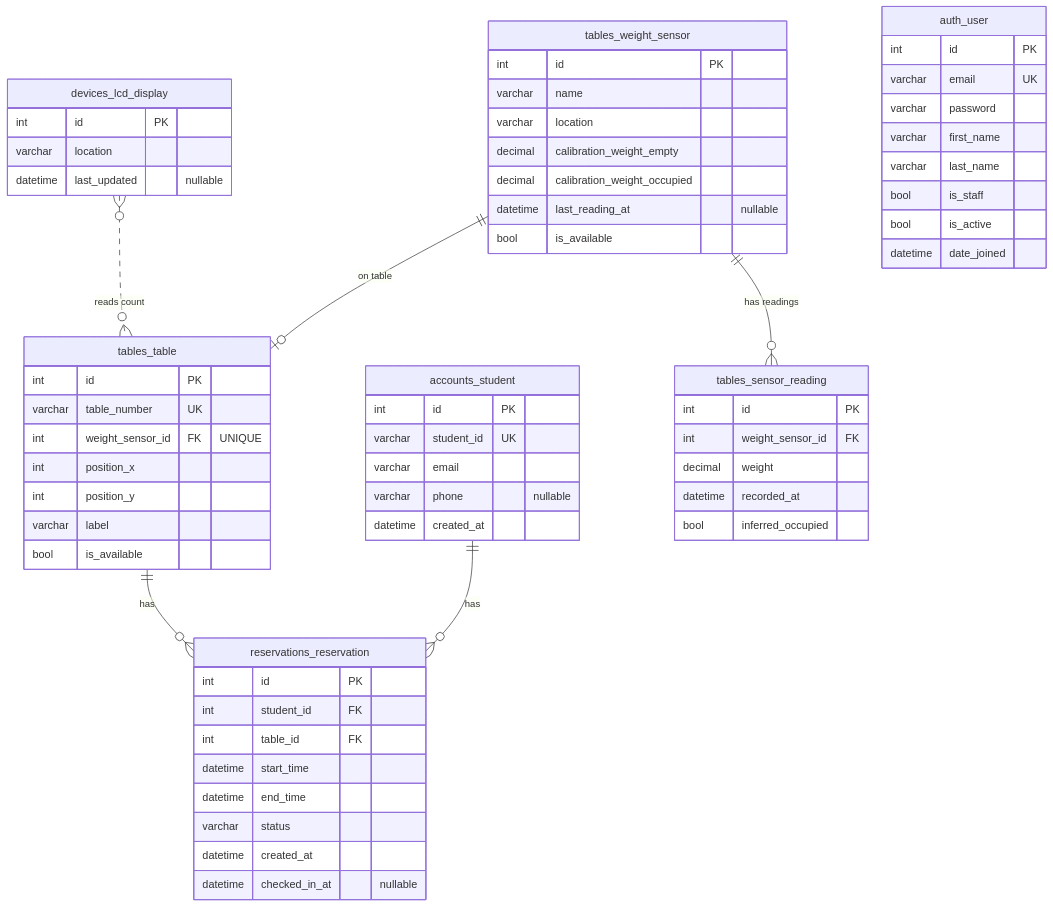
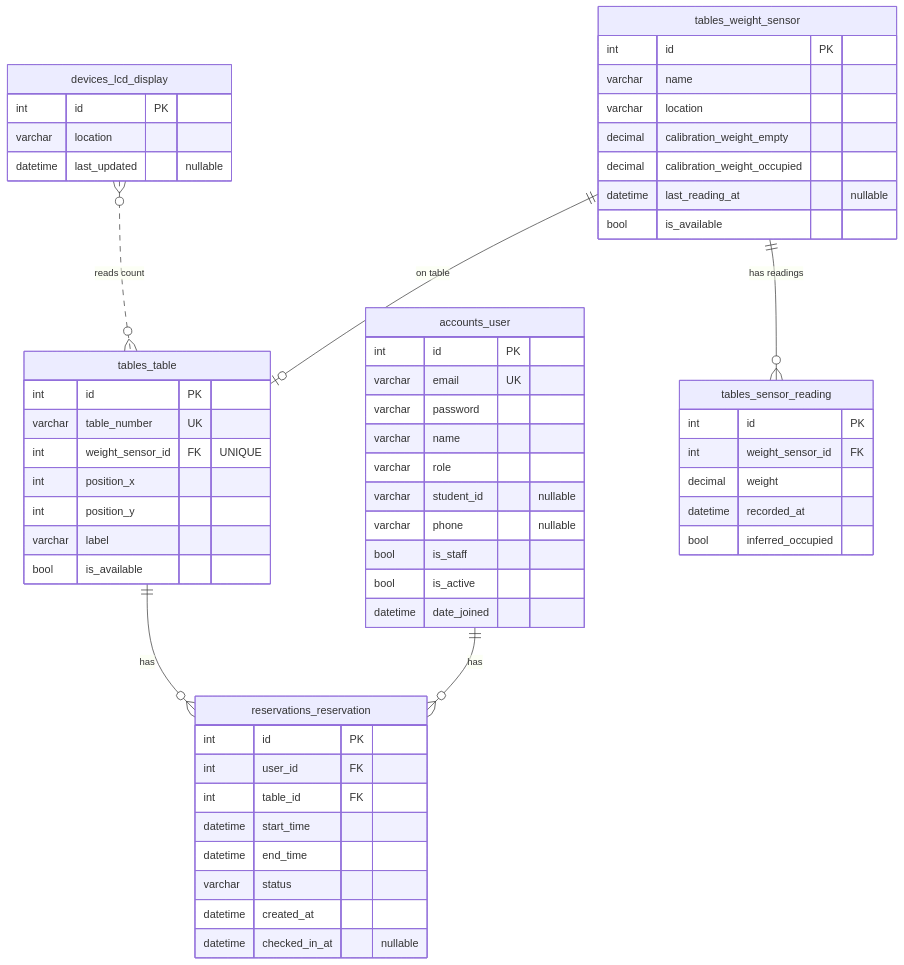
One commit to LinThitHtwe/Capstone_backend changed the first of 2 diagrams in docs/ERD.md. Above: the diagram before and after it, drawn with Mermaid. The commit also changed other lines of this file and 1 other file, not shown here.

````diff
--- a/docs/ERD.md
+++ b/docs/ERD.md
@@ -7,72 +7,66 @@
 ```mermaid
 erDiagram
-    accounts_student ||--o{ reservations_reservation : "has"
+    accounts_user ||--o{ reservations_reservation : "has"
     tables_table ||--o{ reservations_reservation : "has"
     tables_weight_sensor ||--o| tables_table : "on table"
     tables_weight_sensor ||--o{ tables_sensor_reading : "has readings"
     devices_lcd_display }o..o{ tables_table : "reads count"
 
-    auth_user {
+    accounts_user {
         int id PK
         varchar email UK
         varchar password
-        varchar first_name
-        varchar last_name
+        varchar name
+        varchar role
+        varchar student_id "nullable"
+        varchar phone "nullable"
         bool is_staff
         bool is_active
         datetime date_joined
-    }
-
-    accounts_student {
-        int id PK
-        varchar student_id UK
-        varchar email
-        varchar phone "nullable"
-        datetime created_at
     }
 
     tables_weight_sensor {
         int id PK
         varchar name
         varchar location
         decimal calibration_weight_empty
         decimal calibration_weight_occupied
         datetime last_reading_at "nullable"
         bool is_available
     }
 
     tables_sensor_reading {
         int id PK
         int weight_sensor_id FK
         decimal weight
         datetime recorded_at
         bool inferred_occupied
     }
 
     tables_table {
         int id PK
         varchar table_number UK
         int weight_sensor_id FK "UNIQUE"
         int position_x
         int position_y
         varchar label
         bool is_available
     }
 
     reservations_reservation {
         int id PK
-        int student_id FK
+        int user_id FK
         int table_id FK
         datetime start_time
         datetime end_time
         varchar status
         datetime created_at
         datetime checked_in_at "nullable"
     }
 
     devices_lcd_display {
         int id PK
         varchar location
         datetime last_updated "nullable"
     }
 ```
````
